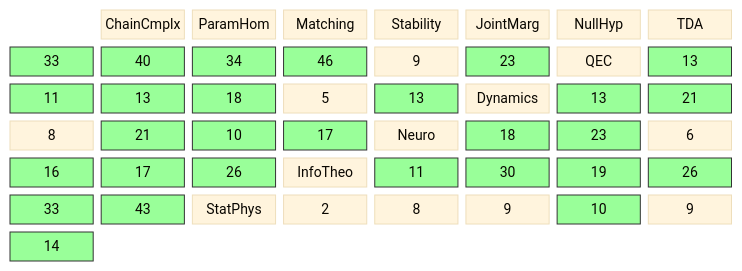
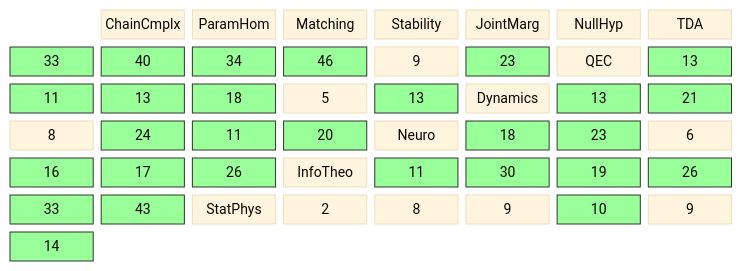
One commit to musicofhel/topoyolo changed the diagram in diagrams/coverage-matrix.md. Above: the diagram before and after it, drawn with Mermaid. The commit also changed other lines of this file and 10 other files, not shown here.

````diff
--- a/diagrams/coverage-matrix.md
+++ b/diagrams/coverage-matrix.md
@@ -22,42 +22,42 @@
 ```mermaid
 %%{init: {'theme': 'base', 'themeVariables': {'fontSize': '14px'}}}%%
 block-beta
   columns 8
 
   space:1 CC["ChainCmplx"] PH["ParamHom"] MA["Matching"] ST["Stability"] JM["JointMarg"] NH["NullHyp"]
 
   TDA["TDA"] TDA_CC["33"] TDA_PH["40"] TDA_MA["34"] TDA_ST["46"] TDA_JM["9"] TDA_NH["23"]
   QEC["QEC"] QEC_CC["13"] QEC_PH["11"] QEC_MA["13"] QEC_ST["18"] QEC_JM["5"] QEC_NH["13"]
-  DYN["Dynamics"] DYN_CC["13"] DYN_PH["21"] DYN_MA["8"] DYN_ST["21"] DYN_JM["10"] DYN_NH["17"]
+  DYN["Dynamics"] DYN_CC["13"] DYN_PH["21"] DYN_MA["8"] DYN_ST["24"] DYN_JM["11"] DYN_NH["20"]
   NEU["Neuro"] NEU_CC["18"] NEU_PH["23"] NEU_MA["6"] NEU_ST["16"] NEU_JM["17"] NEU_NH["26"]
   IT["InfoTheo"] IT_CC["11"] IT_PH["30"] IT_MA["19"] IT_ST["26"] IT_JM["33"] IT_NH["43"]
   SP["StatPhys"] SP_CC["2"] SP_PH["8"] SP_MA["9"] SP_ST["10"] SP_JM["9"] SP_NH["14"]
   style TDA_CC fill:#9f9,stroke:#333
   style TDA_PH fill:#9f9,stroke:#333
   style TDA_MA fill:#9f9,stroke:#333
   style TDA_ST fill:#9f9,stroke:#333
   style TDA_NH fill:#9f9,stroke:#333
   style QEC_CC fill:#9f9,stroke:#333
   style QEC_PH fill:#9f9,stroke:#333
   style QEC_MA fill:#9f9,stroke:#333
   style QEC_ST fill:#9f9,stroke:#333
   style QEC_NH fill:#9f9,stroke:#333
   style DYN_CC fill:#9f9,stroke:#333
   style DYN_PH fill:#9f9,stroke:#333
   style DYN_ST fill:#9f9,stroke:#333
   style DYN_JM fill:#9f9,stroke:#333
   style DYN_NH fill:#9f9,stroke:#333
   style NEU_CC fill:#9f9,stroke:#333
   style NEU_PH fill:#9f9,stroke:#333
   style NEU_ST fill:#9f9,stroke:#333
   style NEU_JM fill:#9f9,stroke:#333
   style NEU_NH fill:#9f9,stroke:#333
   style IT_CC fill:#9f9,stroke:#333
   style IT_PH fill:#9f9,stroke:#333
   style IT_MA fill:#9f9,stroke:#333
   style IT_ST fill:#9f9,stroke:#333
   style IT_JM fill:#9f9,stroke:#333
   style IT_NH fill:#9f9,stroke:#333
   style SP_ST fill:#9f9,stroke:#333
   style SP_NH fill:#9f9,stroke:#333
 ```
````
